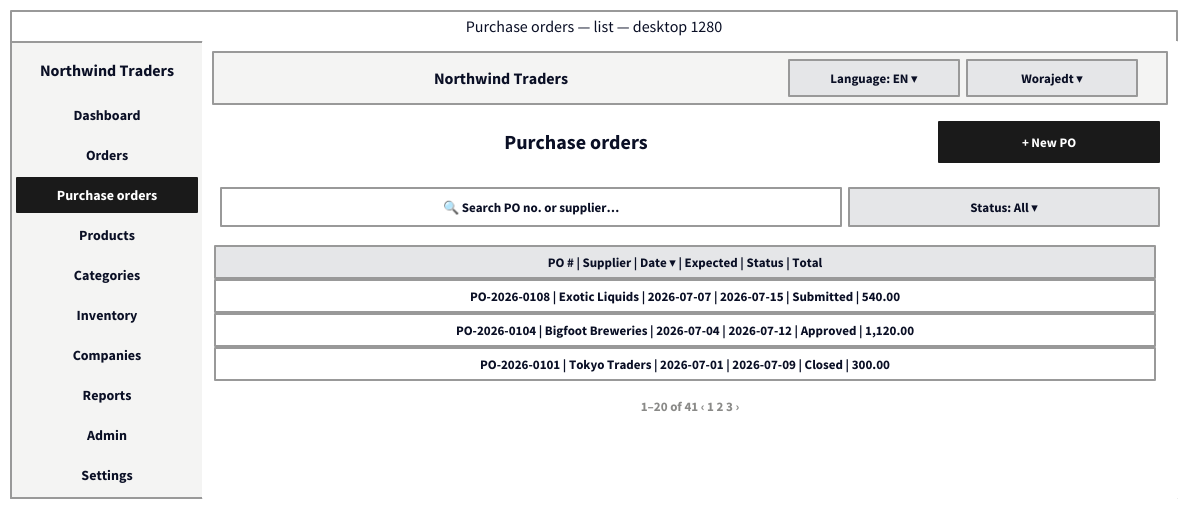
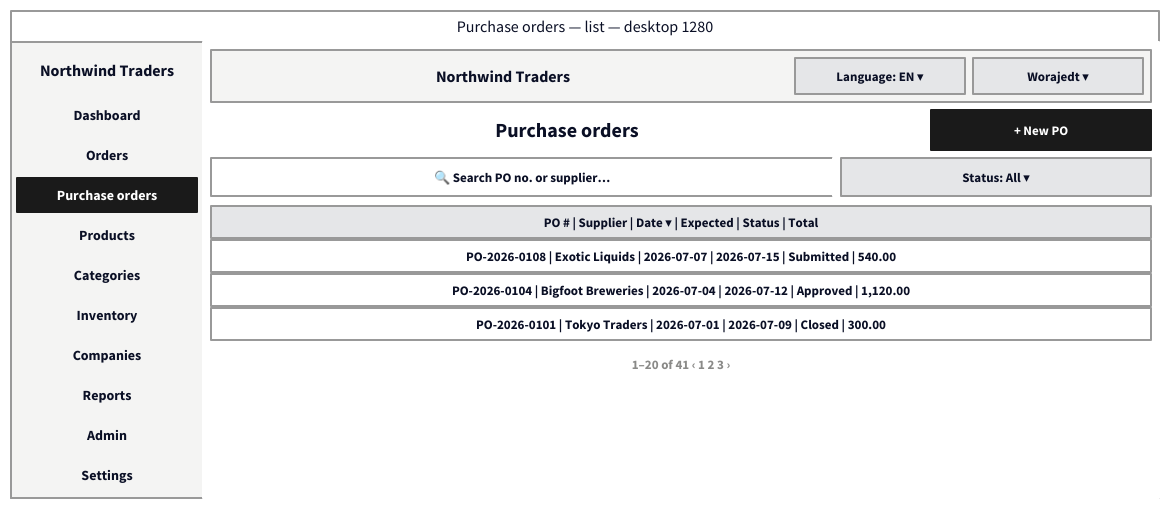
One commit to jedt3d/northwind-design changed the diagram in docs/07-wireframes/11-purchase-orders-list.desktop.d2. Above: the diagram before and after it, drawn with D2. The commit also changed 99 other files, not shown here.

Commit message:
feat: dashboard analytics (7 chart panels), companies lifetime totals, table header alignment fix; docs+wireframes updated; 86 tests green

```diff
--- a/docs/07-wireframes/11-purchase-orders-list.desktop.d2
+++ b/docs/07-wireframes/11-purchase-orders-list.desktop.d2
@@ -1,88 +1,91 @@
 # PRD: F6 Purchase orders list (desktop 1280)
 # GUI wireframe: one page frame, sidebar left, topbar on top, content zones stacked.
 direction: down
 
 classes: {
   frame: {style: {fill: "#ffffff"; stroke: "#999999"; stroke-width: 2; font-size: 16}}
   plain: {style: {fill: "#ffffff"; stroke: "#ffffff"}}
   bar: {style: {fill: "#f4f4f3"; stroke: "#999999"}}
   barlbl: {style: {fill: "#f4f4f3"; stroke: "#f4f4f3"}}
   slogo: {style: {fill: "#f4f4f3"; stroke: "#f4f4f3"; bold: true; font-size: 16}}
   nav: {style: {fill: "#f4f4f3"; stroke: "#f4f4f3"; font-size: 14}}
   navon: {style: {fill: "#1a1a1a"; stroke: "#1a1a1a"; font-color: "#ffffff"; font-size: 14}}
   h1: {style: {fill: "#ffffff"; stroke: "#ffffff"; bold: true; font-size: 20}}
   txt: {style: {fill: "#ffffff"; stroke: "#ffffff"; font-size: 13}}
   muted: {style: {fill: "#ffffff"; stroke: "#ffffff"; font-color: "#8a8a88"; font-size: 13}}
   zone: {style: {fill: "#ffffff"; stroke: "#999999"; font-size: 13}}
   field: {style: {fill: "#ffffff"; stroke: "#999999"; font-size: 13}}
   btn: {style: {fill: "#e5e6e8"; stroke: "#999999"; font-size: 13}}
   primary: {style: {fill: "#1a1a1a"; stroke: "#1a1a1a"; font-color: "#ffffff"; font-size: 13}}
   head: {style: {fill: "#e5e6e8"; stroke: "#999999"; bold: true; font-size: 13}}
   cell: {style: {fill: "#ffffff"; stroke: "#999999"; font-size: 13}}
 }
 
 page: {
   label: "Purchase orders — list — desktop 1280"
   class: frame
   grid-columns: 2
   grid-gap: 0
   sidebar: {
     label: ""
     class: bar
     grid-columns: 1
     grid-gap: 6
     logo: {label: "Northwind Traders"; class: slogo; width: 180; height: 44}
     n0: {label: "Dashboard"; class: nav; width: 180; height: 34}
     n1: {label: "Orders"; class: nav; width: 180; height: 34}
     n2: {label: "Purchase orders"; class: navon; width: 180; height: 34}
     n3: {label: "Products"; class: nav; width: 180; height: 34}
     n4: {label: "Categories"; class: nav; width: 180; height: 34}
     n5: {label: "Inventory"; class: nav; width: 180; height: 34}
     n6: {label: "Companies"; class: nav; width: 180; height: 34}
     n7: {label: "Reports"; class: nav; width: 180; height: 34}
     n8: {label: "Admin"; class: nav; width: 180; height: 34}
     n9: {label: "Settings"; class: nav; width: 180; height: 34}
   }
   main: {
     label: ""
     class: plain
     grid-columns: 1
-    grid-gap: 10
+    grid-gap: 8
     topbar: {
       label: ""
       class: bar
       grid-columns: 3
       grid-gap: 8
-      apptitle: {label: "Northwind Traders"; class: barlbl; width: 560; height: 36}
+      apptitle: {label: "Northwind Traders"; class: barlbl; width: 568; height: 36}
       lang: {label: "Language: EN ▾"; class: btn; width: 170; height: 36}
       user: {label: "Worajedt ▾"; class: btn; width: 170; height: 36}
     }
     hdr: {
       label: ""
       class: plain
-      grid-columns: 2
-      grid-gap: 8
-      h1: {label: "Purchase orders"; class: h1; width: 710; height: 40}
+      grid-columns: 3
+      grid-gap: 0
+      h1: {label: "Purchase orders"; class: h1; width: 712; height: 40}
+      gsp1: {label: ""; class: plain; width: 8; height: 40}
       new: {label: "+ New PO"; class: primary; width: 220; height: 40}
     }
     tools: {
       label: ""
       class: plain
-      grid-columns: 2
-      grid-gap: 8
-      search: {label: "🔍 Search PO no. or supplier…"; class: field; width: 620; height: 38}
+      grid-columns: 3
+      grid-gap: 0
+      search: {label: "🔍 Search PO no. or supplier…"; class: field; width: 622; height: 38}
+      gsp1: {label: ""; class: plain; width: 8; height: 38}
       filt: {label: "Status: All ▾"; class: btn; width: 310; height: 38}
     }
     table: {
       label: ""
       class: plain
       grid-columns: 1
-      grid-gap: 2
+      horizontal-gap: 0
+      vertical-gap: 2
       hd: {label: "PO # | Supplier | Date ▾ | Expected | Status | Total"; class: head; width: 940; height: 32}
       r0: {label: "PO-2026-0108 | Exotic Liquids | 2026-07-07 | 2026-07-15 | Submitted | 540.00"; class: cell; width: 940; height: 32}
       r1: {label: "PO-2026-0104 | Bigfoot Breweries | 2026-07-04 | 2026-07-12 | Approved | 1,120.00"; class: cell; width: 940; height: 32}
       r2: {label: "PO-2026-0101 | Tokyo Traders | 2026-07-01 | 2026-07-09 | Closed | 300.00"; class: cell; width: 940; height: 32}
     }
     pager: {label: "1–20 of 41    ‹  1  2  3  ›"; class: muted; width: 940; height: 28}
   }
 }
```
